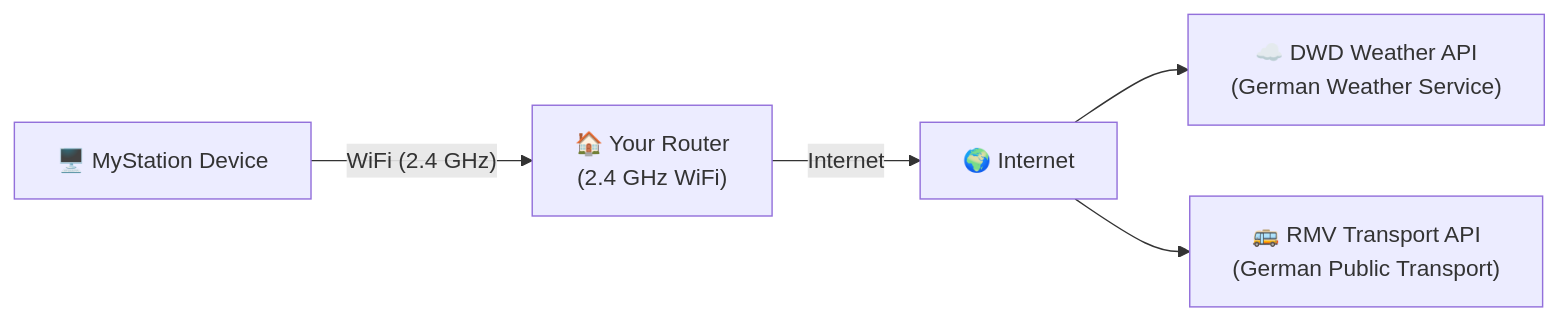
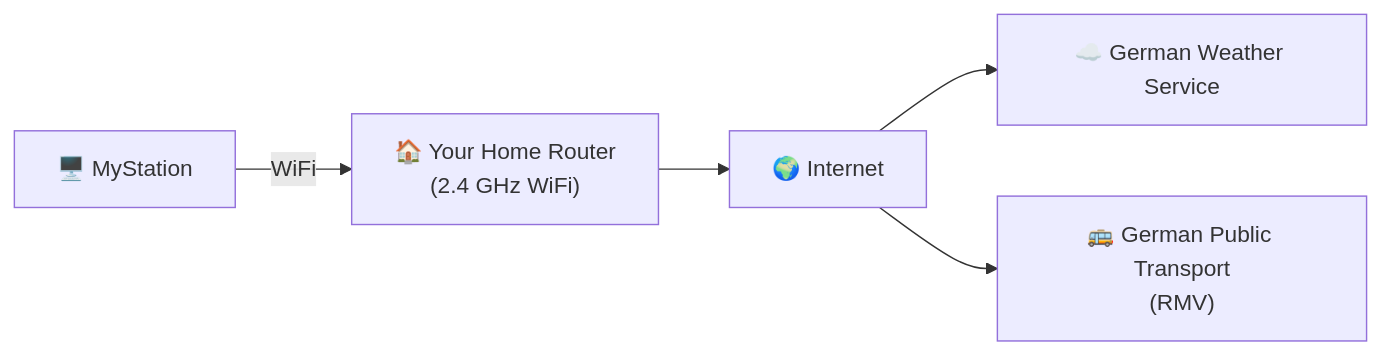
The third of 3 diagrams in docs/user-guide/network-setup.md (gogo-boot/mystation), drawn with Mermaid before and after one commit. The commit also changed other lines of this file and 7 other files, not shown here.

````diff
--- a/docs/user-guide/network-setup.md
+++ b/docs/user-guide/network-setup.md
@@ -77,12 +79,12 @@
 ```mermaid
 graph LR
-    Station["🖥️ MyStation Device"]
-    Router["🏠 Your Router\n(2.4 GHz WiFi)"]
+    Station["🖥️ MyStation"]
+    Router["🏠 Your Home Router\n(2.4 GHz WiFi)"]
     Internet["🌍 Internet"]
-    DWD["☁️ DWD Weather API\n(German Weather Service)"]
-    RMV["🚌 RMV Transport API\n(German Public Transport)"]
-    Station -- " WiFi (2.4 GHz) " --> Router
-    Router -- " Internet " --> Internet
+    DWD["☁️ German Weather Service"]
+    RMV["🚌 German Public Transport\n(RMV)"]
+    Station -- " WiFi " --> Router
+    Router --> Internet
     Internet --> DWD
     Internet --> RMV
 ```
````
